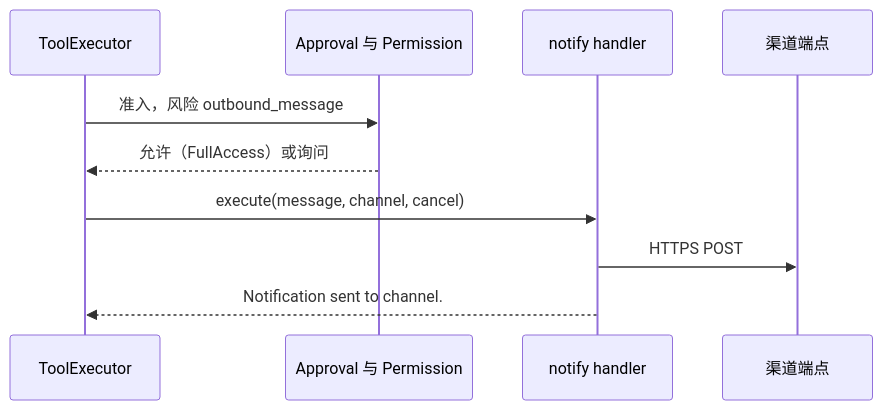
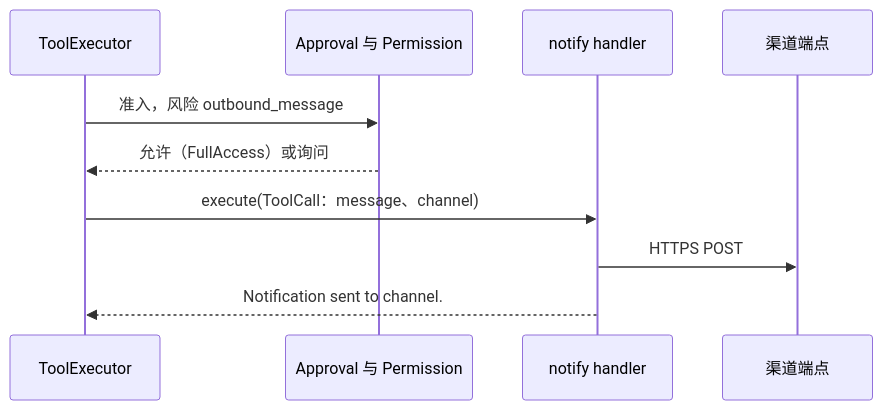
One commit to CoutinhoTTS/dim-agent changed the fifth of 6 diagrams in docs/zh/design/plugins/Notifications.md. Above: the diagram before and after it, drawn with Mermaid. The commit also changed other lines of this file and 18 other files, not shown here.

````diff
--- a/docs/zh/design/plugins/Notifications.md
+++ b/docs/zh/design/plugins/Notifications.md
@@ -115,12 +115,12 @@
 ```mermaid
 sequenceDiagram
   participant TE as ToolExecutor
   participant AP as Approval 与 Permission
   participant NP as notify handler
   participant CH as 渠道端点
   TE->>AP: 准入，风险 outbound_message
   AP-->>TE: 允许（FullAccess）或询问
-  TE->>NP: execute(message, channel, cancel)
+  TE->>NP: execute(ToolCall：message、channel)
   NP->>CH: HTTPS POST
   NP-->>TE: Notification sent to channel.
 ```
````
